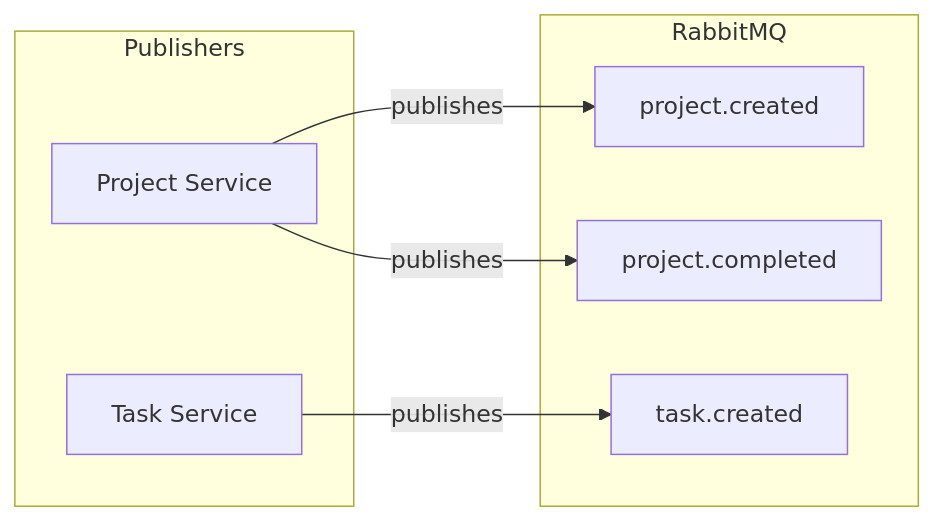
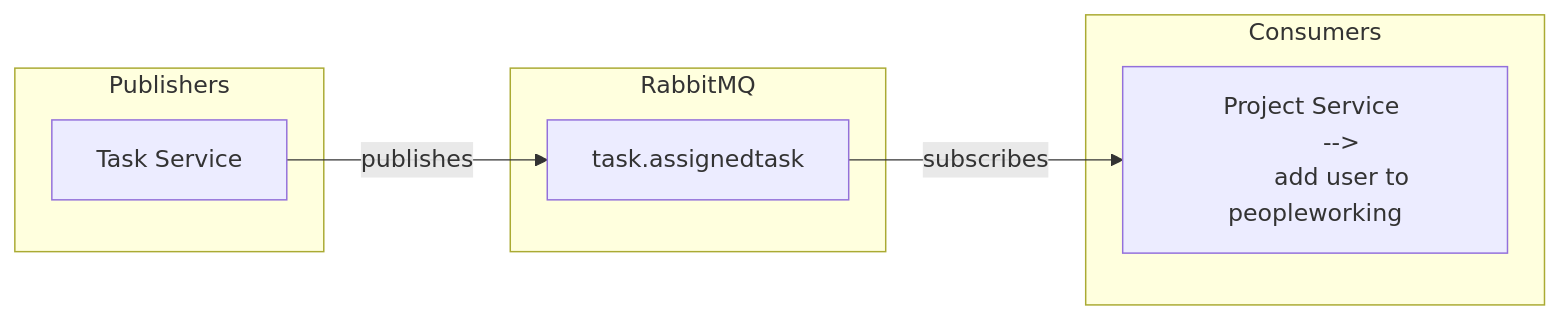
Before and after one commit to AboubacarSow/task-management-microservice: the eighth of 14 diagrams in README.md, drawn with Mermaid. The commit also changed other lines of this file and 21 other files, not shown here.

````diff
--- a/README.md
+++ b/README.md
@@ -303,17 +317,20 @@
 ```mermaid
 flowchart LR
     subgraph Publishers
-        Project[Project Service]
         Task[Task Service]
     end
 
     subgraph RabbitMQ
-        E1[project.created]
-        E2[project.completed]
-        E3[task.created]
+        E1[task.assignedtask]
     end
 
-    Project -->|publishes| E1
-    Project -->|publishes| E2
-    Task -->|publishes| E3
+    subgraph Consumers
+        Project[Project Service 
+        --> 
+        add user to peopleworking]
+    end
+
+    Task -->|publishes| E1
+
+    E1 -->|subscribes| Project
 ```
````
